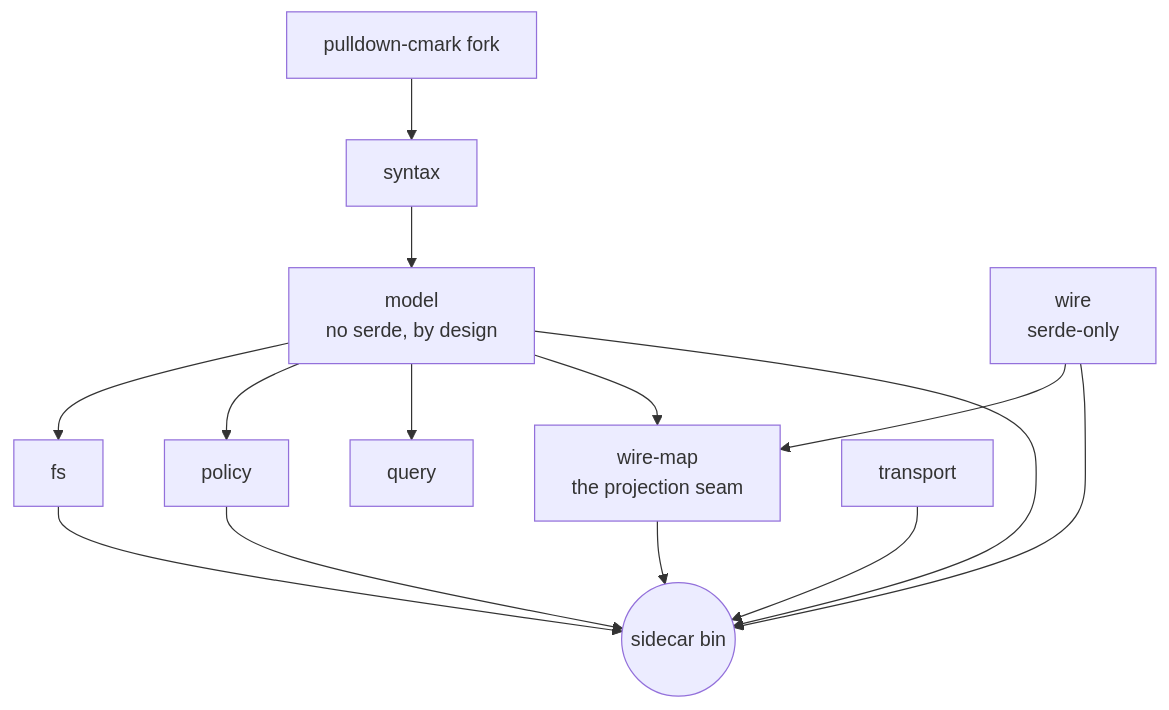
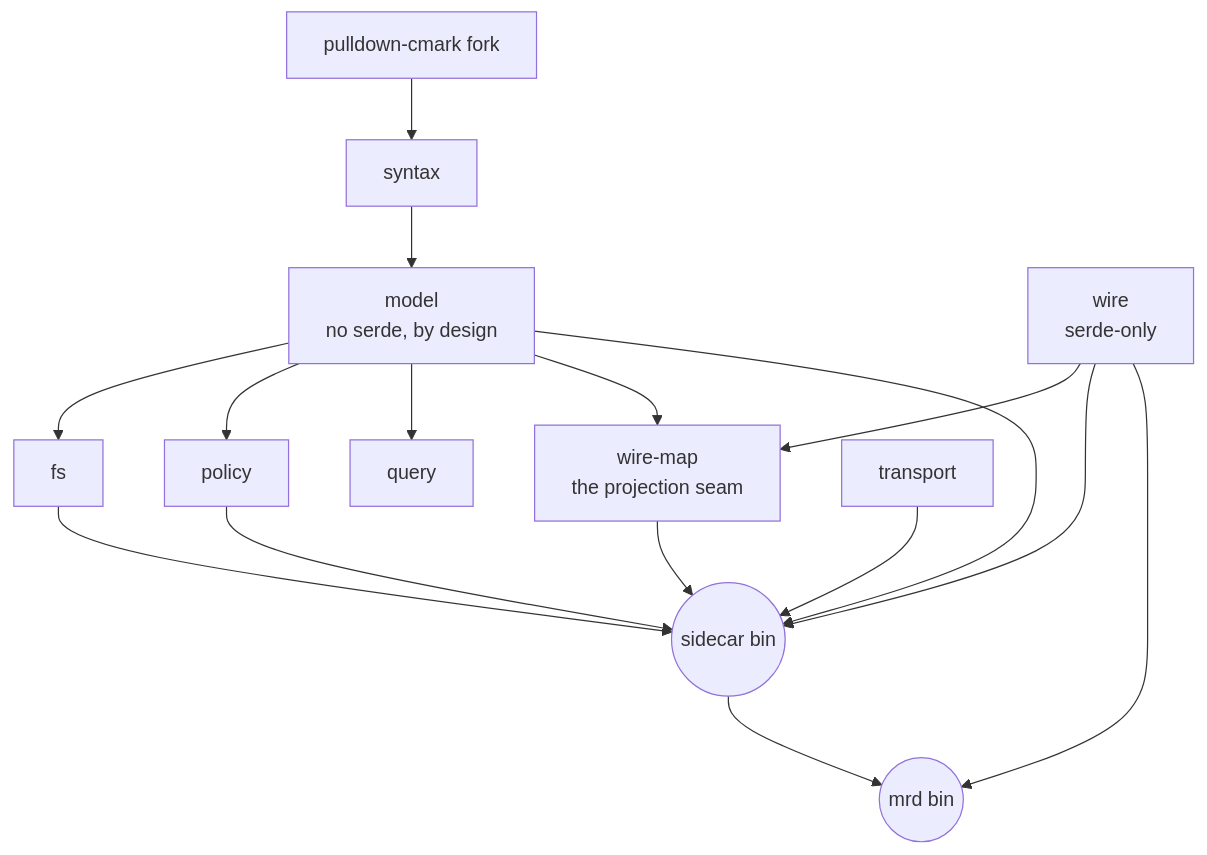
One commit to caoer/meridian-rs changed the diagram in README.md. Above: the diagram before and after it, drawn with Mermaid. The commit also changed other lines of this file, not shown here.

Commit message:
docs: README notes the mrd binary + one run example

````diff
--- a/README.md
+++ b/README.md
@@ -42,16 +44,18 @@
 ```mermaid
 graph TD
     PD[pulldown-cmark fork] --> SYN[syntax]
     SYN --> MOD[model<br/>no serde, by design]
     MOD --> FS[fs]
     MOD --> POL[policy]
     MOD --> QRY[query]
     MOD --> WMAP[wire-map<br/>the projection seam]
     WIRE[wire<br/>serde-only] --> WMAP
     TR[transport] --> SC((sidecar bin))
     MOD --> SC
     FS --> SC
     WIRE --> SC
     WMAP --> SC
     POL --> SC
+    SC --> MRD((mrd bin))
+    WIRE --> MRD
 ```
````
